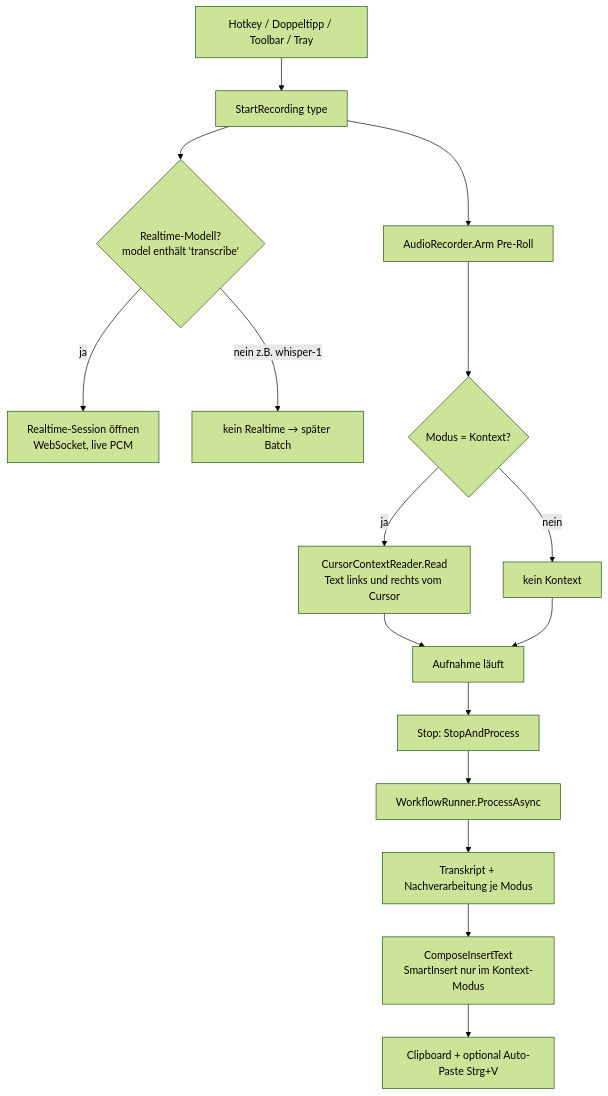
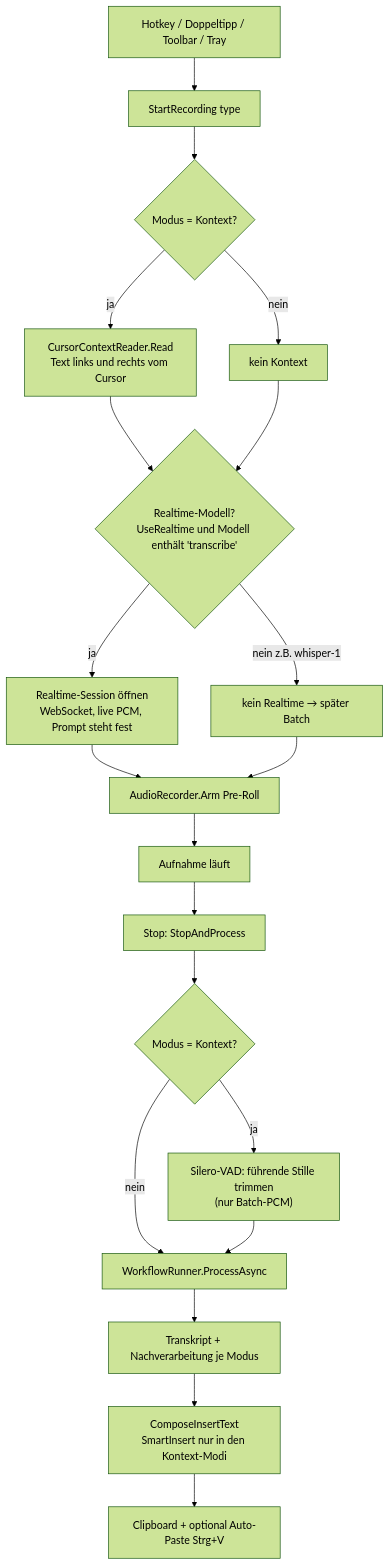
Before and after one commit to florianpohl666/blitzbrief: the second of 6 diagrams in docs/technische-doku.md, drawn with Mermaid (forest theme). The commit also changed other lines of this file and 20 other files, not shown here.

````diff
--- a/docs/technische-doku.md
+++ b/docs/technische-doku.md
@@ -49,18 +53,23 @@
 ```mermaid
 flowchart TD
     A[Hotkey / Doppeltipp / Toolbar / Tray] --> B[StartRecording type]
-    B --> C{Realtime-Modell?<br/>model enthält 'transcribe'}
-    C -->|ja| D[Realtime-Session öffnen<br/>WebSocket, live PCM]
-    C -->|nein z.B. whisper-1| E[kein Realtime → später Batch]
-    B --> F[AudioRecorder.Arm Pre-Roll]
-    F --> G{Modus = Kontext?}
-    G -->|ja| H[CursorContextReader.Read<br/>Text links und rechts vom Cursor]
-    G -->|nein| I[kein Kontext]
-    H --> J[Aufnahme läuft]
-    I --> J
+    B --> CTX{Modus = Kontext?}
+    CTX -->|ja| RD["CursorContextReader.Read<br/>Text links und rechts vom Cursor"]
+    CTX -->|nein| NC[kein Kontext]
+    RD --> RS
+    NC --> RS
+    RS{"Realtime-Modell?<br/>UseRealtime und Modell enthält 'transcribe'"}
+    RS -->|ja| D["Realtime-Session öffnen<br/>WebSocket, live PCM, Prompt steht fest"]
+    RS -->|nein z.B. whisper-1| E[kein Realtime → später Batch]
+    D --> F[AudioRecorder.Arm Pre-Roll]
+    E --> F
+    F --> J[Aufnahme läuft]
     J --> K[Stop: StopAndProcess]
-    K --> L[WorkflowRunner.ProcessAsync]
+    K --> TR{Modus = Kontext?}
+    TR -->|ja| SIL["Silero-VAD: führende Stille trimmen<br/>(nur Batch-PCM)"]
+    TR -->|nein| L
+    SIL --> L[WorkflowRunner.ProcessAsync]
     L --> M[Transkript + Nachverarbeitung je Modus]
-    M --> N[ComposeInsertText<br/>SmartInsert nur im Kontext-Modus]
+    M --> N["ComposeInsertText<br/>SmartInsert nur in den Kontext-Modi"]
     N --> O[Clipboard + optional Auto-Paste Strg+V]
 ```
````
